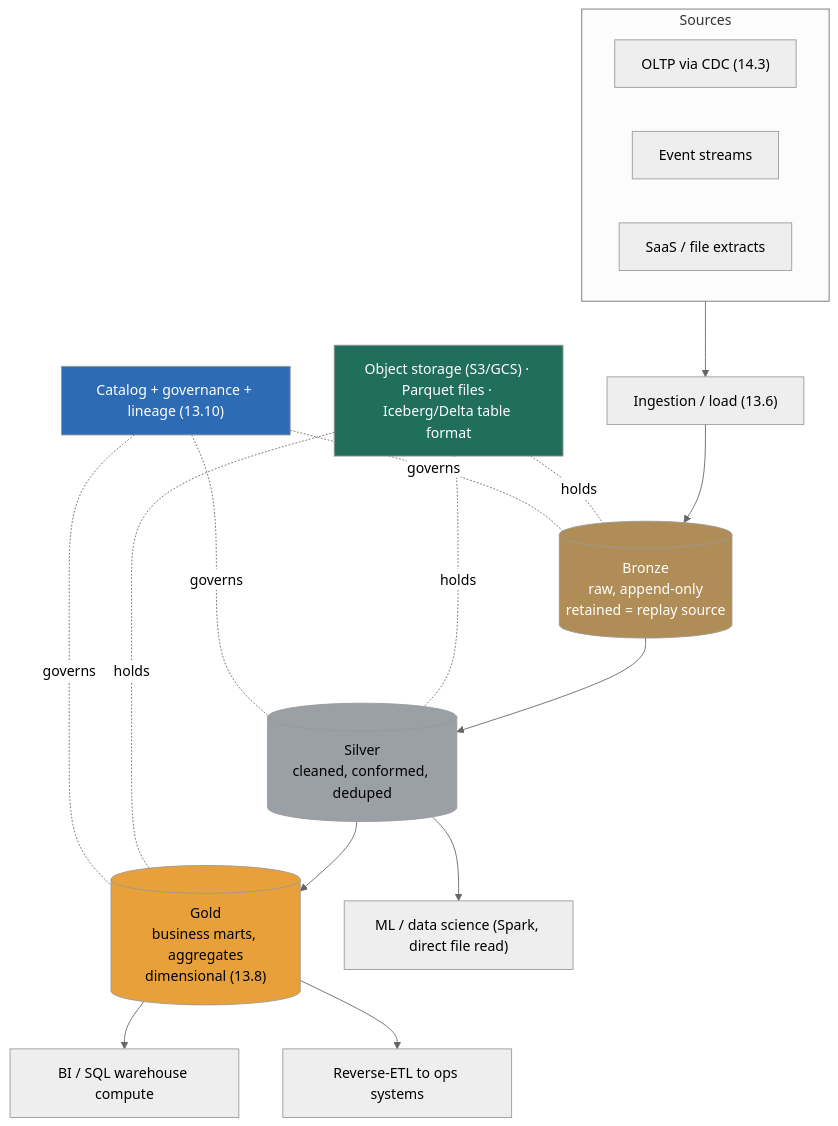
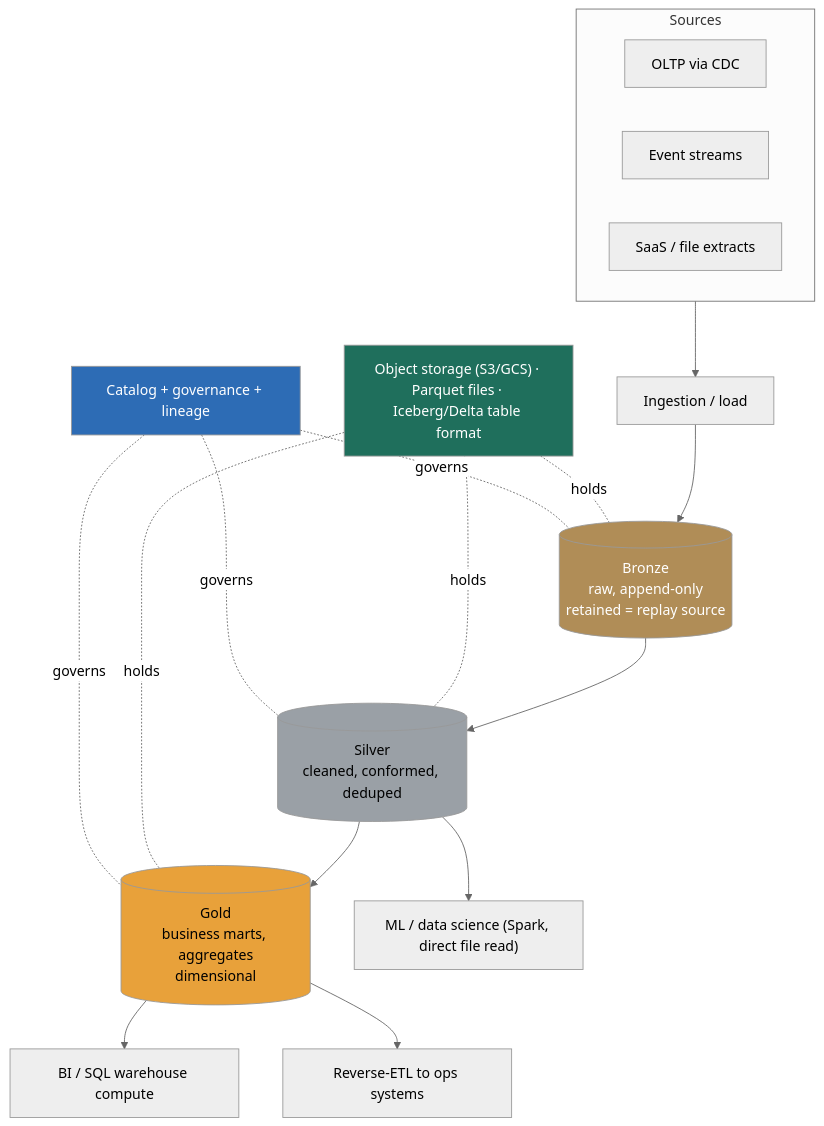
One commit to hkrathore/sysdesign-course changed the diagram in src/content/docs/module-14/lesson-14-1.md. Above: the diagram before and after it, drawn with Mermaid (neutral theme). The commit also changed other lines of this file and 146 other files, not shown here.

````diff
--- a/src/content/docs/module-14/lesson-14-1.md
+++ b/src/content/docs/module-14/lesson-14-1.md
@@ -114,32 +114,32 @@
 ```mermaid
 flowchart TB
     subgraph SRC["Sources"]
-      CDC["OLTP via CDC (14.3)"]
+      CDC["OLTP via CDC"]
       EVT["Event streams"]
       EXT["SaaS / file extracts"]
     end
-    SRC --> LAND["Ingestion / load (13.6)"]
+    SRC --> LAND["Ingestion / load"]
     LAND --> BRONZE[("Bronze<br/>raw, append-only<br/>retained = replay source")]
     BRONZE --> SILVER[("Silver<br/>cleaned, conformed, deduped")]
-    SILVER --> GOLD[("Gold<br/>business marts, aggregates<br/>dimensional (13.8)")]
+    SILVER --> GOLD[("Gold<br/>business marts, aggregates<br/>dimensional")]
 
     OBJ["Object storage (S3/GCS) · Parquet files · Iceberg/Delta table format"]
     OBJ -.holds.- BRONZE
     OBJ -.holds.- SILVER
     OBJ -.holds.- GOLD
 
     GOLD --> BI["BI / SQL warehouse compute"]
     SILVER --> ML["ML / data science (Spark, direct file read)"]
     GOLD --> RETL["Reverse-ETL to ops systems"]
 
-    CAT["Catalog + governance + lineage (13.10)"]
+    CAT["Catalog + governance + lineage"]
     CAT -.governs.- BRONZE
     CAT -.governs.- SILVER
     CAT -.governs.- GOLD
 
     style OBJ fill:#1f6f5c,color:#fff
     style BRONZE fill:#b08d57,color:#fff
     style SILVER fill:#9aa0a6,color:#000
     style GOLD fill:#e8a13a,color:#000
     style CAT fill:#2d6cb5,color:#fff
 ```
````
